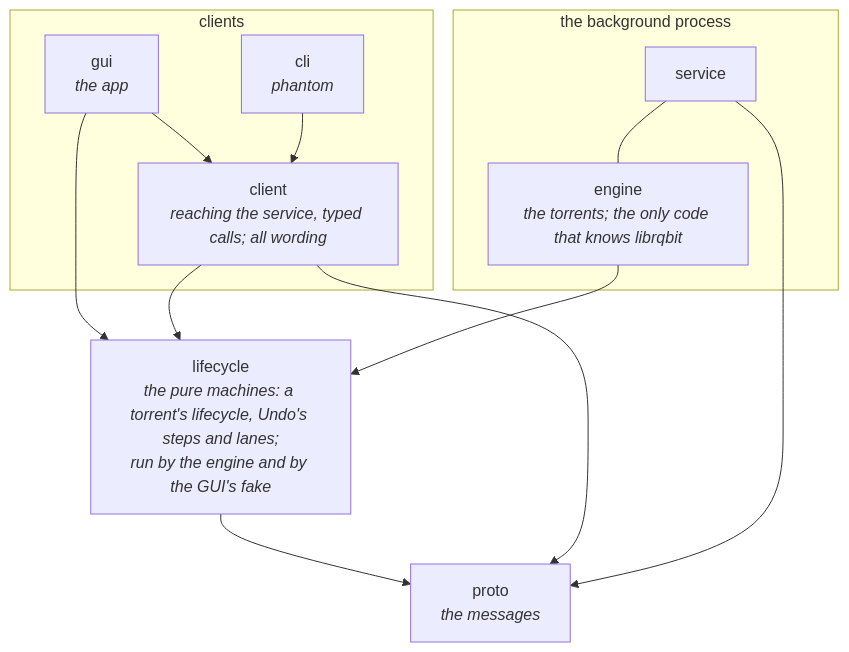
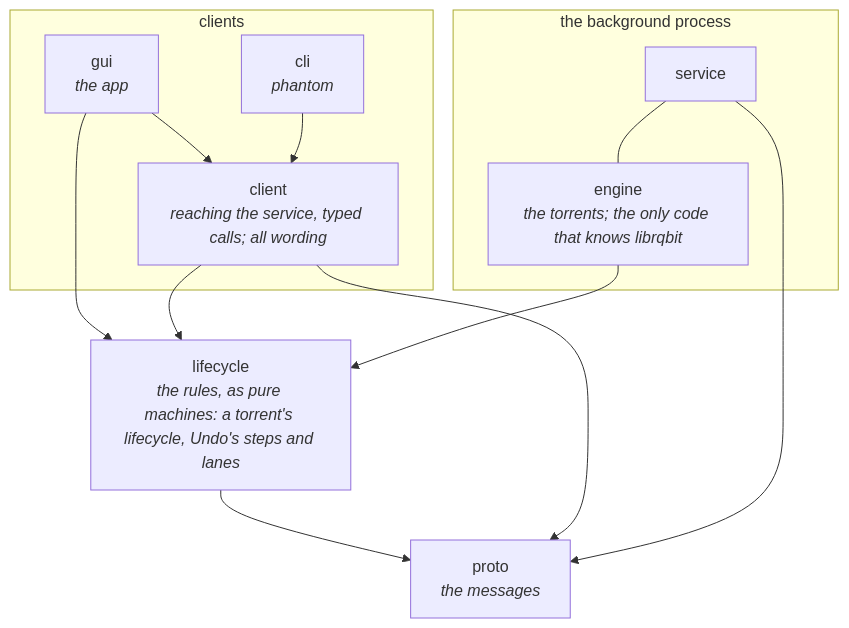
Before and after one commit to HugeLetters/phantom: the diagram in ARCHITECTURE.md, drawn with Mermaid. The commit also changed other lines of this file, not shown here.

Commit message:
ARCHITECTURE: lifecycle is the functional core; the engine and the GUI's fake are its two shells

````diff
--- a/ARCHITECTURE.md
+++ b/ARCHITECTURE.md
@@ -7,24 +7,24 @@
 ```mermaid
 flowchart TD
   subgraph clients
     gui["gui<br/><i>the app</i>"]
     cli["cli<br/><i>phantom</i>"]
     client["client<br/><i>reaching the service, typed calls; all wording</i>"]
   end
   subgraph process["the background process"]
     service["service"]
     engine["engine<br/><i>the torrents; the only code that knows librqbit</i>"]
   end
-  lifecycle["lifecycle<br/><i>the pure machines: a torrent's lifecycle, Undo's steps and lanes;<br/>run by the engine and by the GUI's fake</i>"]
+  lifecycle["lifecycle<br/><i>the rules, as pure machines: a torrent's lifecycle, Undo's steps and lanes</i>"]
   proto["proto<br/><i>the messages</i>"]
 
   gui --> client
   cli --> client
   gui --> lifecycle
   client --> lifecycle
   service --- engine
   engine --> lifecycle
   lifecycle --> proto
   client --> proto
   service --> proto
 ```
````
